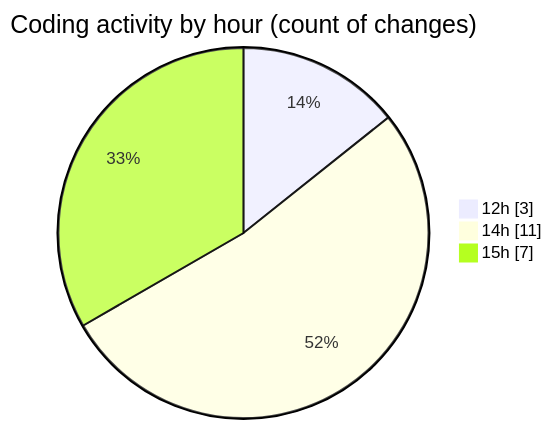
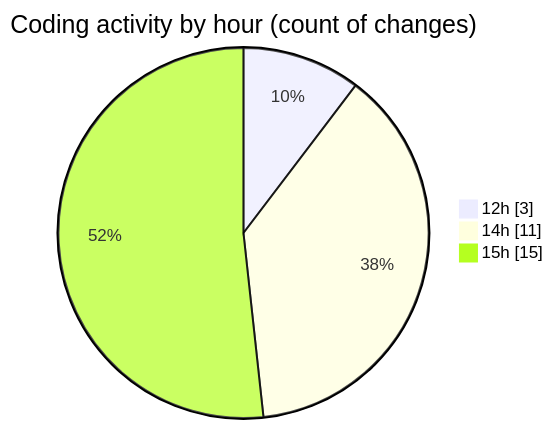
The second of 2 diagrams in 2026-07-27/untitled__workspace_/README.md (debugP/code-tracking), drawn with Mermaid before and after one commit. The commit also changed other lines of this file and 1 other file, not shown here.

````diff
--- a/2026-07-27/untitled__workspace_/README.md
+++ b/2026-07-27/untitled__workspace_/README.md
@@ -33,7 +33,7 @@
 ```mermaid
 pie showData
 title Coding activity by hour (count of changes)
 "12h" : 3
 "14h" : 11
-"15h" : 7
+"15h" : 15
 ```
````
